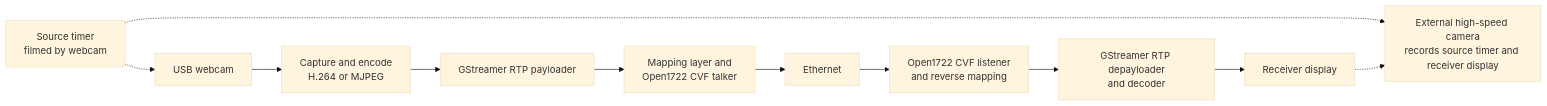
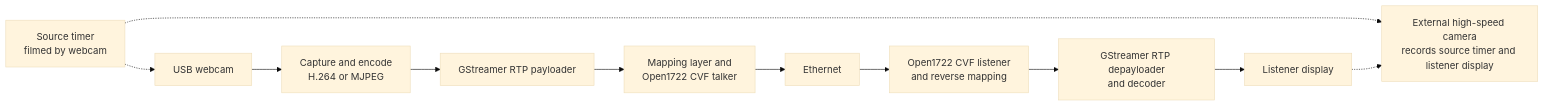
Before and after one commit to drshnmaniar/open1722-cvf-streaming: the diagram in README.md, drawn with Mermaid (base theme). The commit also changed other lines of this file and 6 other files, not shown here.

Commit message:
Refactor project structure: rename sender/receiver to talker/listener, update scripts and documentation

````diff
--- a/README.md
+++ b/README.md
@@ -35,13 +35,13 @@
 ```mermaid
 flowchart LR
     A[USB webcam] --> B[Capture and encode<br/>H.264 or MJPEG]
     B --> C[GStreamer RTP payloader]
     C --> D[Mapping layer and<br/>Open1722 CVF talker]
     D --> E[Ethernet]
     E --> F[Open1722 CVF listener<br/>and reverse mapping]
     F --> G[GStreamer RTP depayloader<br/>and decoder]
-    G --> H[Receiver display]
+    G --> H[Listener display]
     T[Source timer<br/>filmed by webcam] -.-> A
-    T -.-> M[External high-speed camera<br/>records source timer and receiver display]
+    T -.-> M[External high-speed camera<br/>records source timer and listener display]
     H -.-> M
 ```
````
